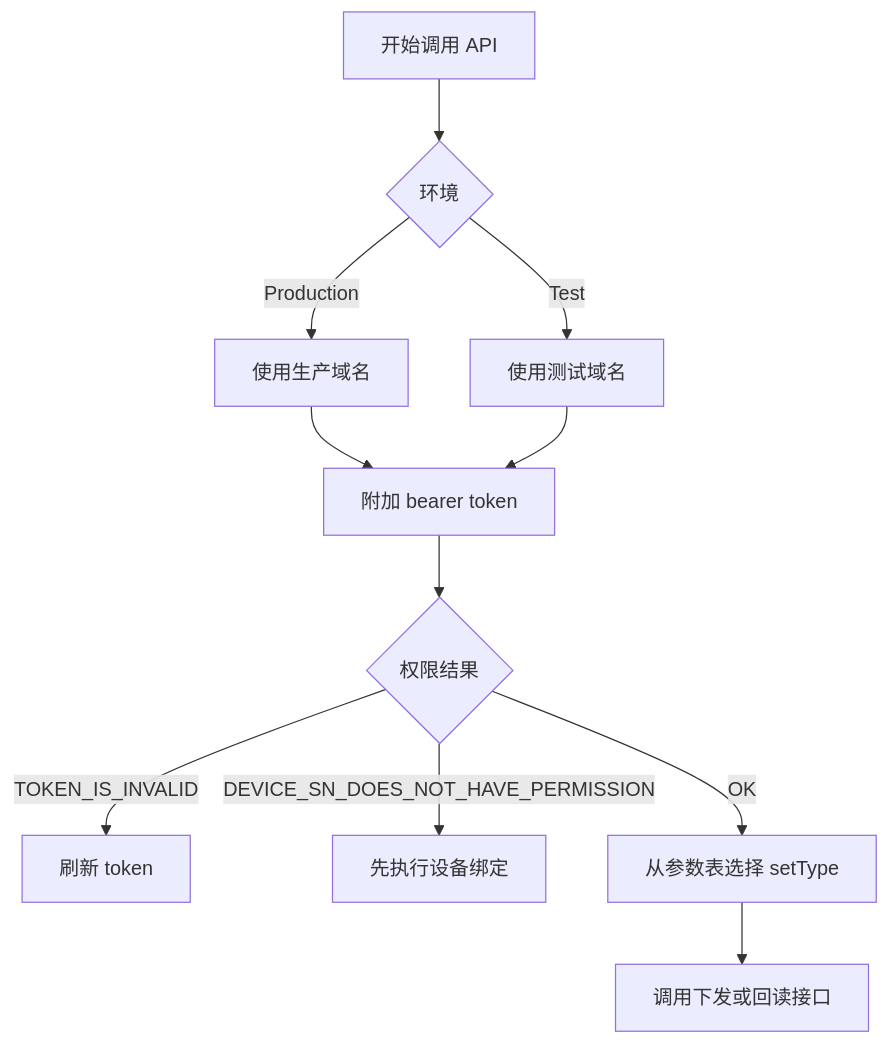
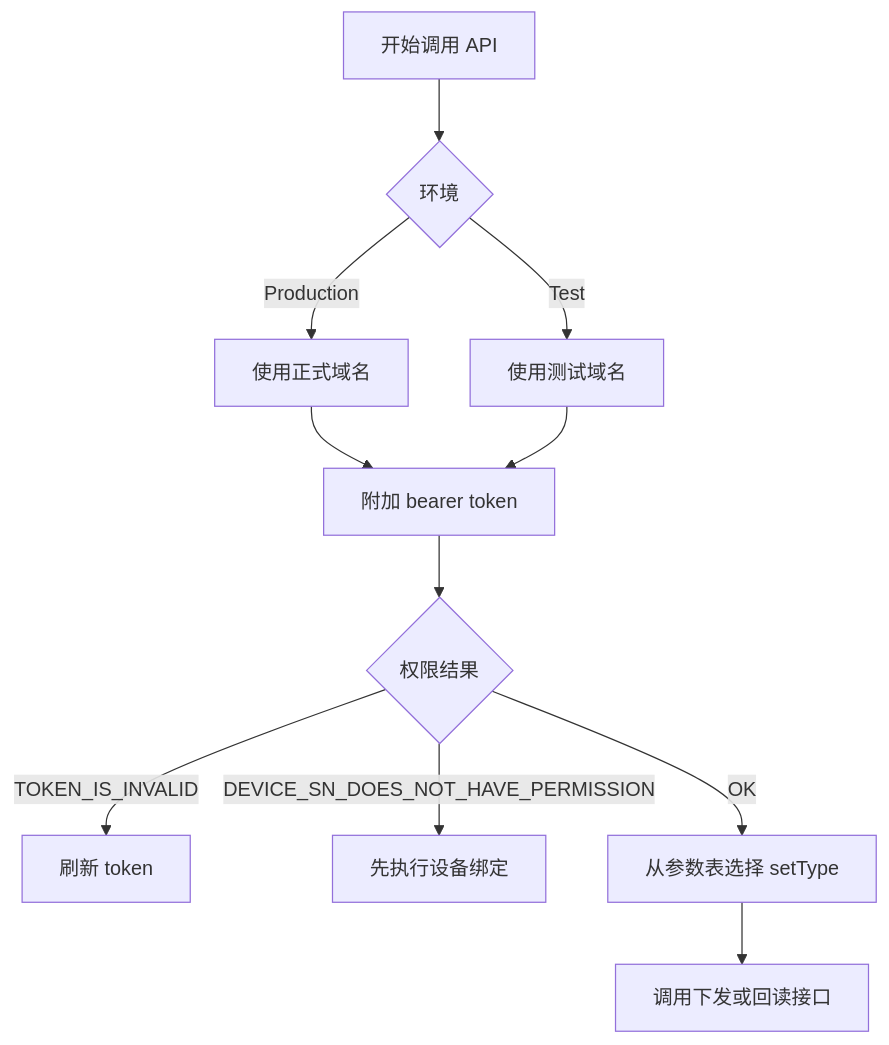
The first of 2 diagrams in Growatt API/OPENAPI.zh-CN/10_global_params.md (EugeneJian/growatt-unified-api), drawn with Mermaid before and after one commit. The commit also changed other lines of this file and 21 other files, not shown here.

````diff
--- a/Growatt API/OPENAPI.zh-CN/10_global_params.md
+++ b/Growatt API/OPENAPI.zh-CN/10_global_params.md
@@ -17,14 +17,13 @@
 ```mermaid
-%% 本代码严格遵循AI生成Mermaid代码的终极准则v4.1（Mermaid终极大师）
 flowchart TD
     A["开始调用 API"] --> B{"环境"}
-    B -->|"Production"| C["使用生产域名"]
+    B -->|"Production"| C["使用正式域名"]
     B -->|"Test"| D["使用测试域名"]
     C --> E["附加 bearer token"]
     D --> E
     E --> F{"权限结果"}
     F -->|"TOKEN_IS_INVALID"| G["刷新 token"]
     F -->|"DEVICE_SN_DOES_NOT_HAVE_PERMISSION"| H["先执行设备绑定"]
     F -->|"OK"| I["从参数表选择 setType"]
     I --> J["调用下发或回读接口"]
 ```
````
